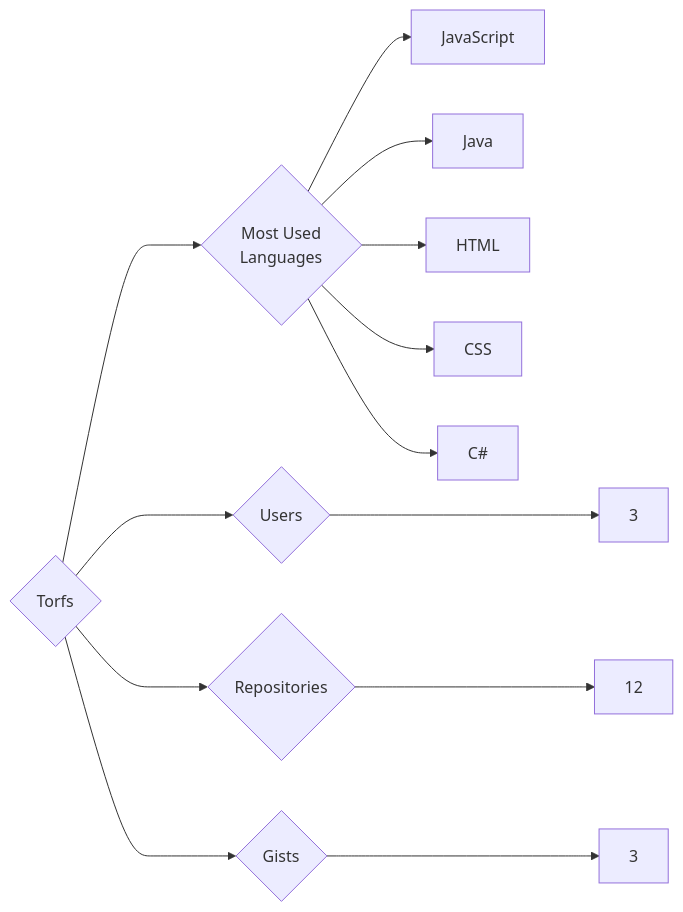
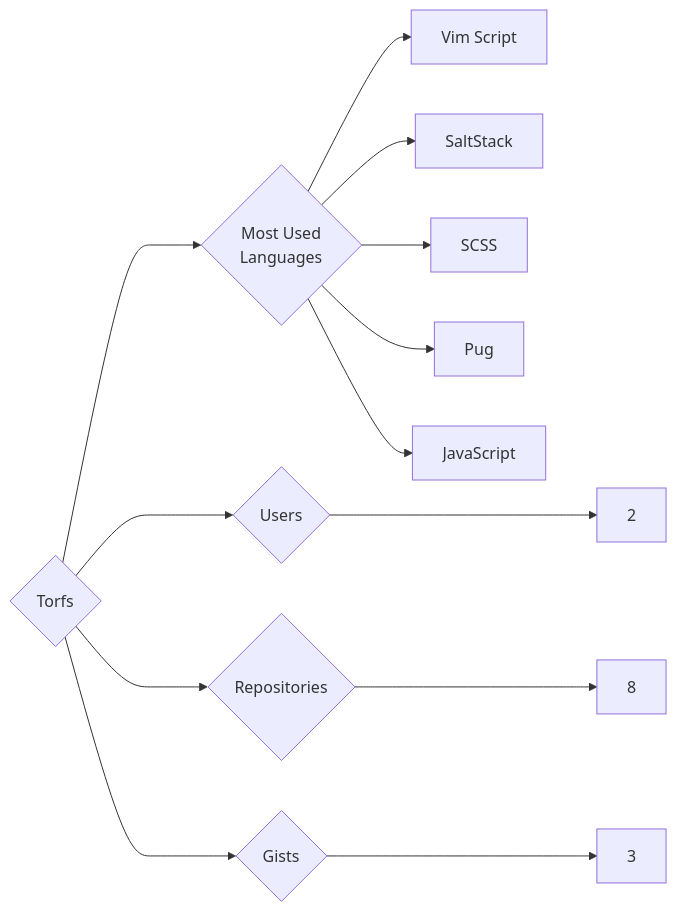
One commit to trickest/insiders changed the diagram in targets/Torfs/README.md. Above: the diagram before and after it, drawn with Mermaid. The commit also changed 1696 other files, not shown here.

````diff
--- a/targets/Torfs/README.md
+++ b/targets/Torfs/README.md
@@ -3,13 +3,13 @@
 ```mermaid
 graph LR
 COMPANY_NAME{Torfs}
-COMPANY_NAME ---> U{Users} ---> UN[3]
-COMPANY_NAME ---> R{Repositories} ---> RN[12]
+COMPANY_NAME ---> U{Users} ---> UN[2]
+COMPANY_NAME ---> R{Repositories} ---> RN[8]
 COMPANY_NAME ---> G{Gists} ---> GN[3]
 COMPANY_NAME ---> ML{Most Used<br>Languages}
+ML --> Vim_Script[Vim Script]
+ML --> SaltStack[SaltStack]
+ML --> SCSS[SCSS]
+ML --> Pug[Pug]
 ML --> JavaScript[JavaScript]
-ML --> Java[Java]
-ML --> HTML[HTML]
-ML --> CSS[CSS]
-ML --> C#[C#]
 ```
````
